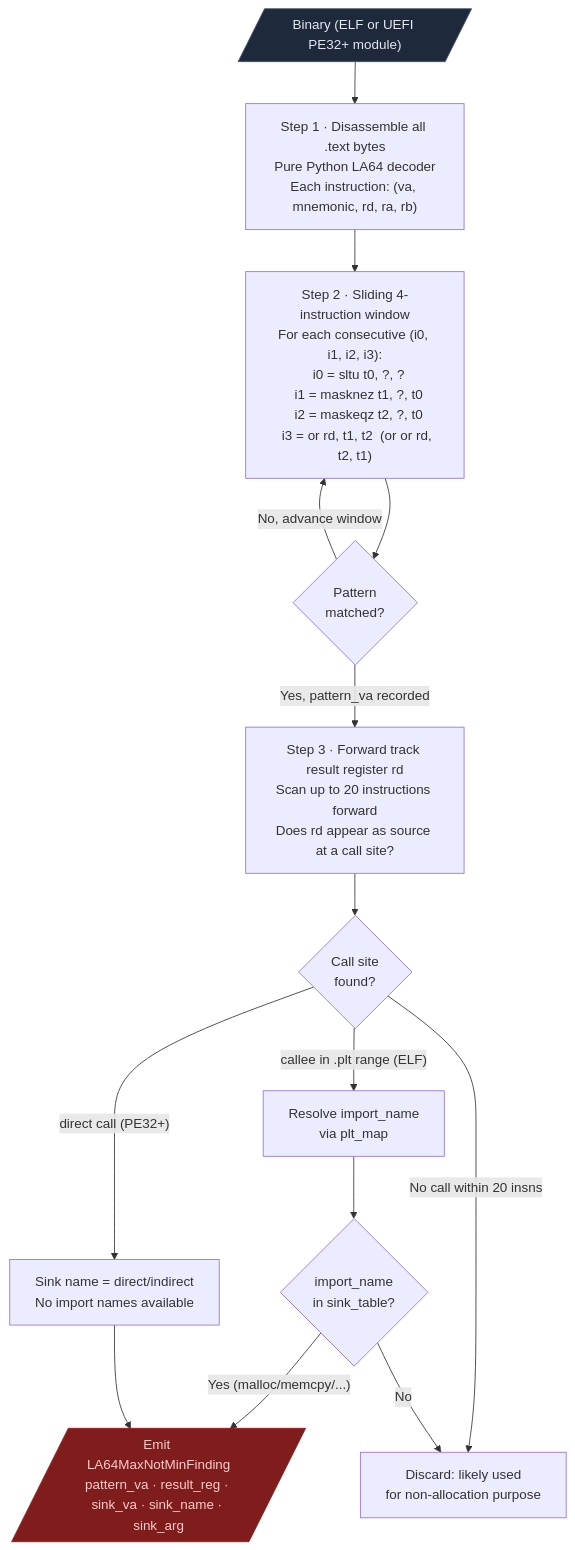
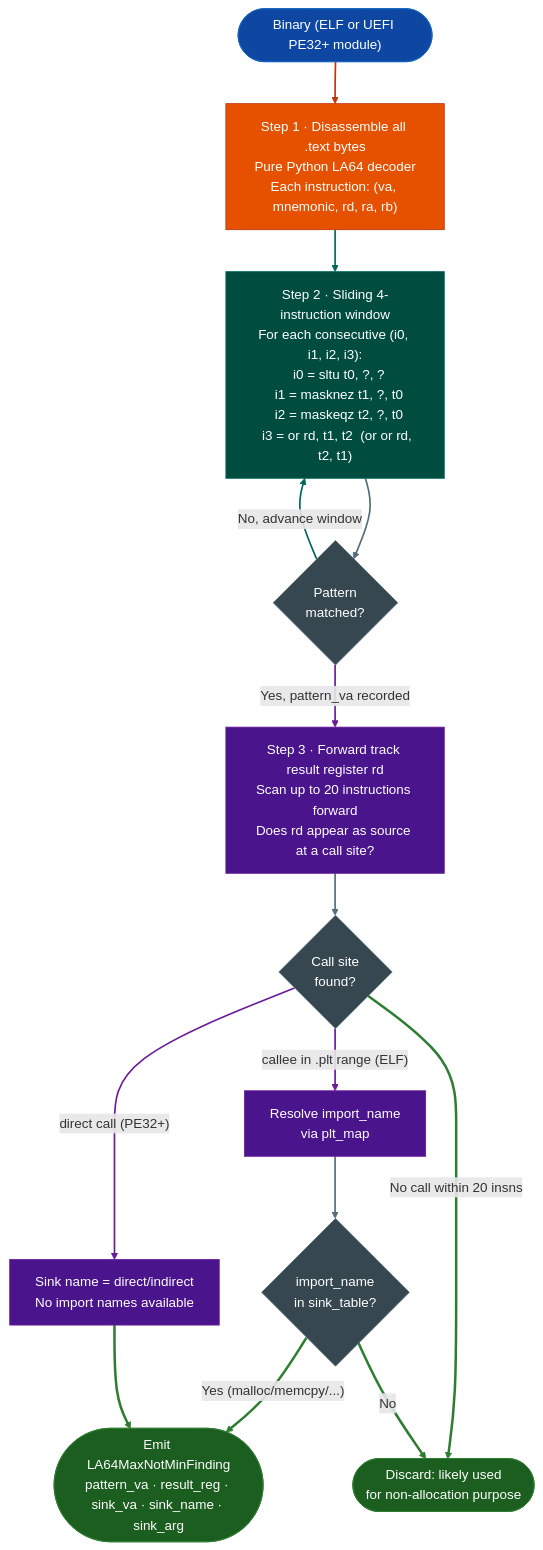
Before and after one commit to Ablation-Tool/ablation: the diagram in docs/reference-modules/compiler-defects.md, drawn with Mermaid. The commit also changed 320 other files, not shown here.

First line of the commit message:
docs: apply canonical Mermaid template to all 321 diagrams

````diff
--- a/docs/reference-modules/compiler-defects.md
+++ b/docs/reference-modules/compiler-defects.md
@@ -57,23 +57,39 @@
 ```mermaid
 flowchart TD
-    A[/"Binary (ELF or UEFI PE32+ module)"/] --> B["Step 1 · Disassemble all .text bytes\nPure Python LA64 decoder\nEach instruction: (va, mnemonic, rd, ra, rb)"]
+    A(["Binary (ELF or UEFI PE32+ module)"]):::input --> B["Step 1 · Disassemble all .text bytes\nPure Python LA64 decoder\nEach instruction: (va, mnemonic, rd, ra, rb)"]:::primary
 
-    B --> C["Step 2 · Sliding 4-instruction window\nFor each consecutive (i0, i1, i2, i3):\n  i0 = sltu t0, ?, ?\n  i1 = masknez t1, ?, t0\n  i2 = maskeqz t2, ?, t0\n  i3 = or rd, t1, t2  (or or rd, t2, t1)"]
+    B:::primary --> C["Step 2 · Sliding 4-instruction window\nFor each consecutive (i0, i1, i2, i3):\n  i0 = sltu t0, ?, ?\n  i1 = masknez t1, ?, t0\n  i2 = maskeqz t2, ?, t0\n  i3 = or rd, t1, t2  (or or rd, t2, t1)"]:::secondary
 
-    C --> D{"Pattern\nmatched?"}
-    D -->|No, advance window| C
-    D -->|Yes, pattern_va recorded| E["Step 3 · Forward track result register rd\nScan up to 20 instructions forward\nDoes rd appear as source at a call site?"]
+    C:::secondary --> D{"Pattern\nmatched?"}:::neutral
+    D:::neutral -->|No, advance window| C:::secondary
+    D:::neutral -->|Yes, pattern_va recorded| E["Step 3 · Forward track result register rd\nScan up to 20 instructions forward\nDoes rd appear as source at a call site?"]:::tertiary
 
-    E --> F{"Call site\nfound?"}
-    F -->|"callee in .plt range (ELF)"| G["Resolve import_name\nvia plt_map"]
-    F -->|"direct call (PE32+)"| H["Sink name = direct/indirect\nNo import names available"]
-    F -->|No call within 20 insns| I["Discard: likely used\nfor non-allocation purpose"]
+    E:::tertiary --> F{"Call site\nfound?"}:::neutral
+    F:::neutral -->|"callee in .plt range (ELF)"| G["Resolve import_name\nvia plt_map"]:::tertiary
+    F:::neutral -->|"direct call (PE32+)"| H["Sink name = direct/indirect\nNo import names available"]:::tertiary
+    F:::neutral -->|No call within 20 insns| I(["Discard: likely used\nfor non-allocation purpose"]):::output
 
-    G --> J{"import_name\nin sink_table?"}
-    J -->|"Yes (malloc/memcpy/...)"| K[/"Emit LA64MaxNotMinFinding\npattern_va · result_reg · sink_va · sink_name · sink_arg"/]
-    J -->|No| I
-    H --> K
-
-    style A fill:#1e293b,stroke:#475569,color:#e2e8f0
-    style K fill:#7f1d1d,stroke:#991b1b,color:#fecaca
+    G:::tertiary --> J{"import_name\nin sink_table?"}:::neutral
+    J:::neutral -->|"Yes (malloc/memcpy/...)"| K(["Emit LA64MaxNotMinFinding\npattern_va · result_reg · sink_va · sink_name · sink_arg"]):::output
+    J:::neutral -->|No| I:::output
+    H:::tertiary --> K:::output
+    classDef input     fill:#0d47a1,stroke:#1565c0,color:#fff
+    classDef primary   fill:#e65100,stroke:#bf360c,color:#fff
+    classDef secondary fill:#004d40,stroke:#00695c,color:#fff
+    classDef tertiary  fill:#4a148c,stroke:#6a1b9a,color:#fff
+    classDef neutral   fill:#37474f,stroke:#546e7a,color:#fff
+    classDef output    fill:#1b5e20,stroke:#2e7d32,color:#fff
+    linkStyle 0 stroke:#bf360c,stroke-width:2px
+    linkStyle 1 stroke:#00695c,stroke-width:2px
+    linkStyle 2 stroke:#546e7a,stroke-width:2px
+    linkStyle 3 stroke:#00695c,stroke-width:2px
+    linkStyle 4 stroke:#6a1b9a,stroke-width:2px
+    linkStyle 5 stroke:#546e7a,stroke-width:2px
+    linkStyle 6 stroke:#6a1b9a,stroke-width:2px
+    linkStyle 7 stroke:#6a1b9a,stroke-width:2px
+    linkStyle 8 stroke:#2e7d32,stroke-width:3px
+    linkStyle 9 stroke:#546e7a,stroke-width:2px
+    linkStyle 10 stroke:#2e7d32,stroke-width:3px
+    linkStyle 11 stroke:#2e7d32,stroke-width:3px
+    linkStyle 12 stroke:#2e7d32,stroke-width:3px
 ```
````
